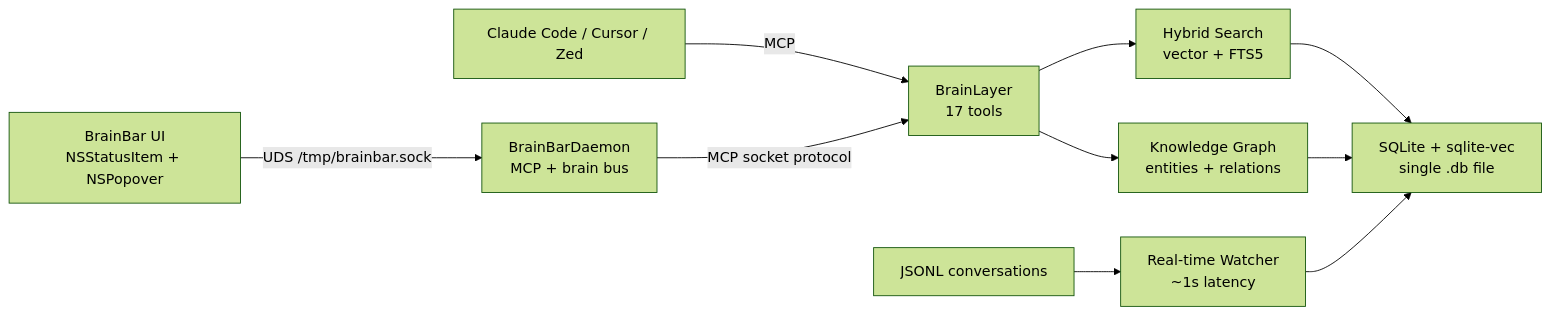
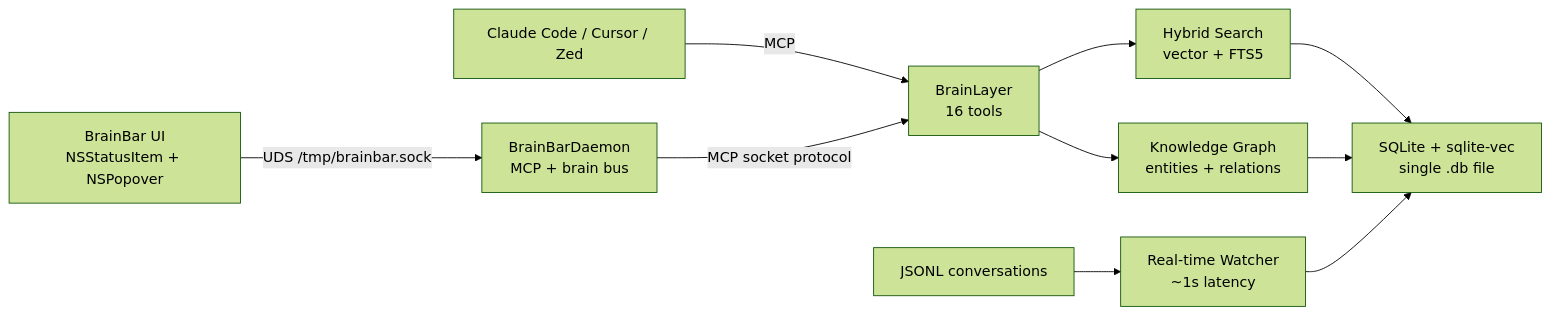
The first of 2 diagrams in README.md (EtanHey/brainlayer), drawn with Mermaid (forest theme) before and after one commit. The commit also changed other lines of this file and 9 other files, not shown here.

First line of the commit message:
fix(mcp): retire native brain_enrich producer

````diff
--- a/README.md
+++ b/README.md
@@ -150,12 +149,12 @@
 ```mermaid
 graph LR
-    A["Claude Code / Cursor / Zed"] -->|MCP| B["BrainLayer<br/>17 tools"]
+    A["Claude Code / Cursor / Zed"] -->|MCP| B["BrainLayer<br/>16 tools"]
     B --> C["Hybrid Search<br/>vector + FTS5"]
     C --> D["SQLite + sqlite-vec<br/>single .db file"]
     B --> KG["Knowledge Graph<br/>entities + relations"]
     KG --> D
     E["JSONL conversations"] --> W["Real-time Watcher<br/>~1s latency"]
     W --> D
     I["BrainBar UI<br/>NSStatusItem + NSPopover"] -->|UDS /tmp/brainbar.sock| BB["BrainBarDaemon<br/>MCP + brain bus"]
     BB -->|MCP socket protocol| B
 ```
````
